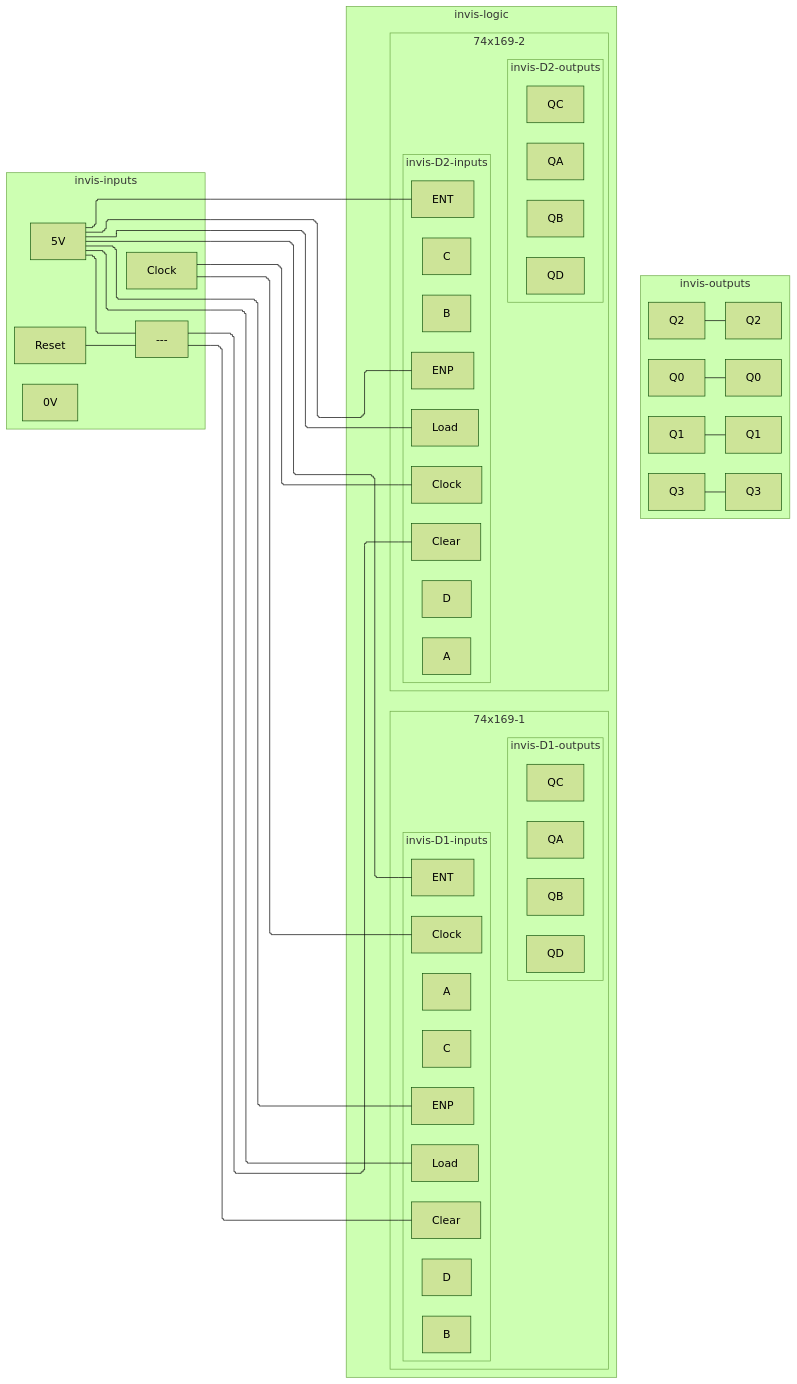
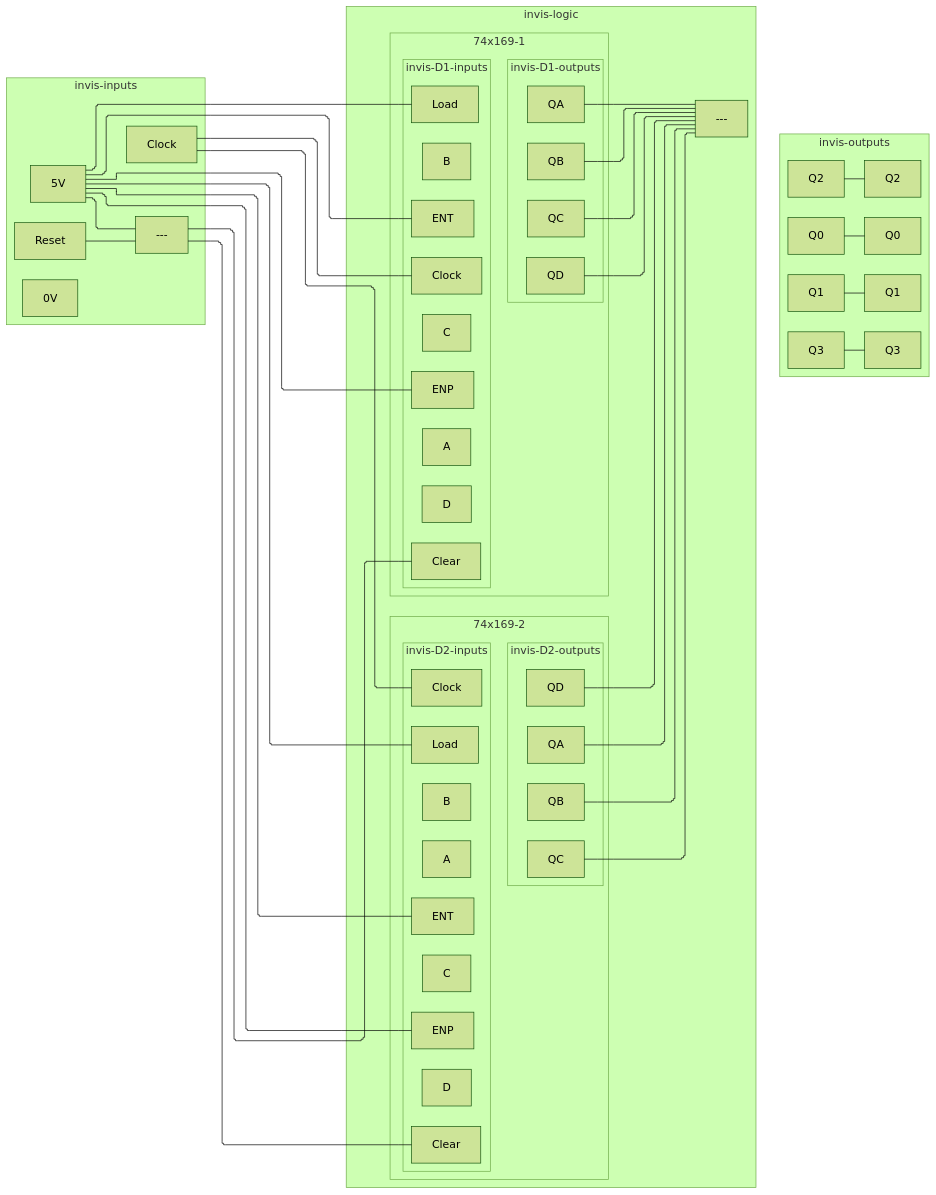
One commit to tnichols217/notes changed the seventh of 7 diagrams in CSDS 281 - Logic Design/HW/8/Tables.md. Above: the diagram before and after it, drawn with Mermaid (forest theme).

Commit message:
vault backup: 2024-04-05 01:35:51

````diff
--- a/CSDS 281 - Logic Design/HW/8/Tables.md
+++ b/CSDS 281 - Logic Design/HW/8/Tables.md
@@ -327,67 +327,69 @@
 ```mermaid
 %%{ init: { 'flowchart': { 'curve': 'stepBefore', "defaultRenderer": "elk" } } }%%
 flowchart LR
 subgraph invis-inputs
 	Clock
 	5V
 	0V
 	Reset
 	Reset & 5V --- xor1[---]
 end
 subgraph invis-logic
 	subgraph 74x169-1
 		subgraph invis-D1-inputs
 			D1c[Clock]
 			D1CLR[Clear]
 			D1LD[Load]
 			D1ENP[ENP]
 			D1ENT[ENT]
 			D1A[A]
 			D1B[B]
 			D1C[C]
 			D1D[D]
 		end
 		Clock --- D1c
 		xor1 --- D1CLR
 		subgraph invis-D1-outputs
 			Q1A[QA]
 			Q1B[QB]
 			Q1C[QC]
 			Q1D[QD]
 		end
 		invis-D1-inputs ~~~ invis-D1-outputs
 	end
 	subgraph 74x169-2
 		subgraph invis-D2-inputs
 			D2c[Clock]
 			D2CLR[Clear]
 			D2LD[Load]
 			D2ENP[ENP]
 			D2ENT[ENT]
 			D2A[A]
 			D2B[B]
 			D2C[C]
 			D2D[D]
 		end
 		Clock --- D2c
 		xor1 --- D2CLR
 		subgraph invis-D2-outputs
 			Q2A[QA]
 			Q2B[QB]
 			Q2C[QC]
 			Q2D[QD]
 		end
 		invis-D2-inputs ~~~ invis-D2-outputs
 	end
 	5V --- D1LD & D1ENP & D1ENT
 	5V --- D2LD & D2ENP & D2ENT
+	Q1A & Q1B & Q1C & Q1D & Q2A & Q2B & Q2C & Q2D
+		--- nor1[---]
 	
 end
 subgraph invis-outputs
 	Q0 --- Q0O[Q0]
 	Q1 --- Q1O[Q1]
 	Q2 --- Q2O[Q2]
 	Q3 --- Q3O[Q3]
 end
 invis-inputs ~~~ invis-logic ~~~ invis-outputs
 ```
````
